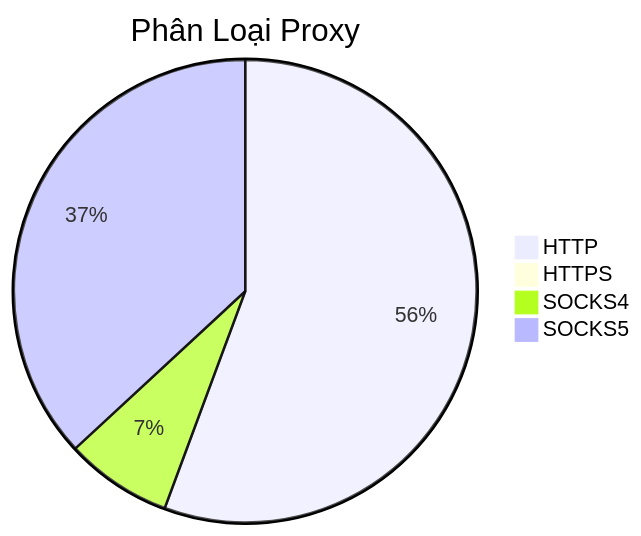
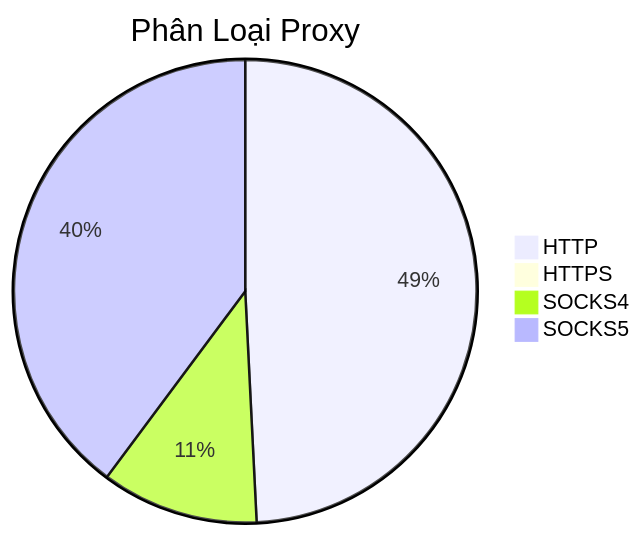
One commit to Ciara-Aa/PROXY-free changed the diagram in README.md. Above: the diagram before and after it, drawn with Mermaid. The commit also changed other lines of this file and 4 other files, not shown here.

````diff
--- a/README.md
+++ b/README.md
@@ -26,7 +26,7 @@
 ```mermaid
 pie title Phân Loại Proxy
-    "HTTP" : 1918
-    "HTTPS" : 1
-    "SOCKS4" : 257
-    "SOCKS5" : 1271
+    "HTTP" : 1408
+    "HTTPS" : 2
+    "SOCKS4" : 314
+    "SOCKS5" : 1139
 ```
````
